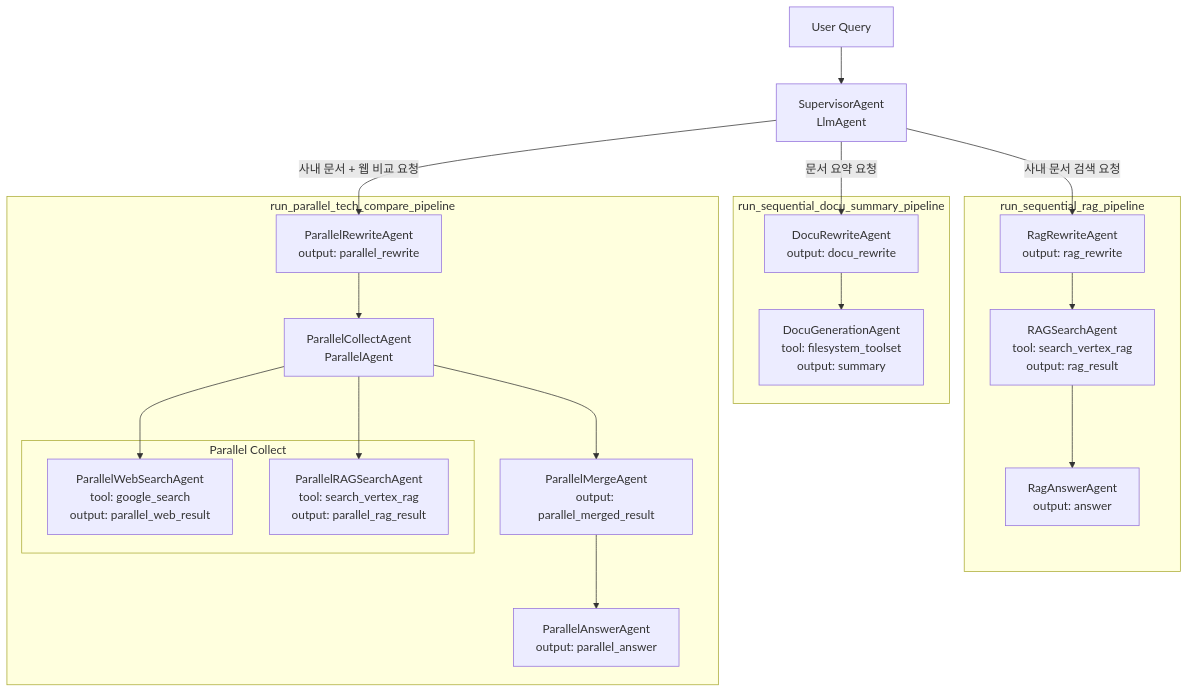
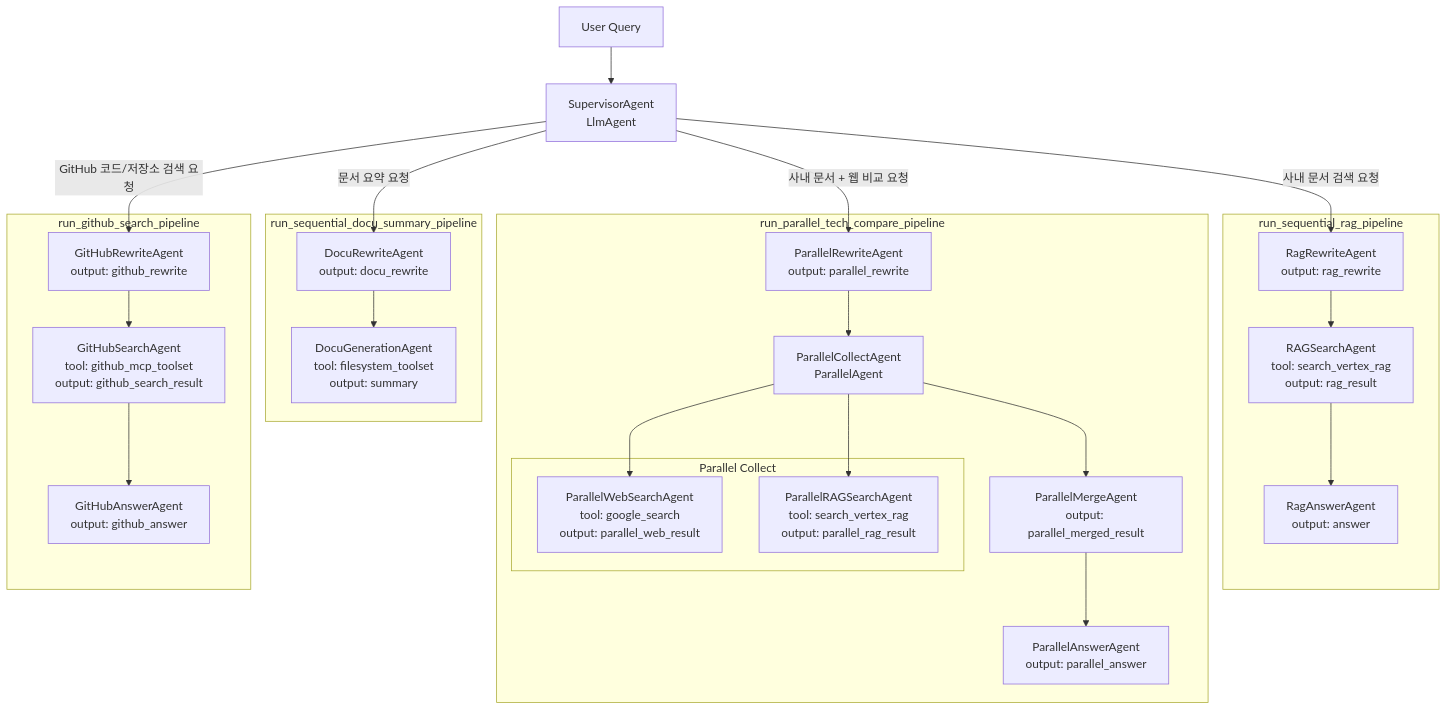
The diagram in README.md (joohyoung99/adk-project-final), drawn with Mermaid before and after one commit. The commit also changed other lines of this file and 2 other files, not shown here.

````diff
--- a/README.md
+++ b/README.md
@@ -108,37 +108,45 @@
 ```mermaid
 flowchart TD
     U[User Query] --> S[SupervisorAgent<br/>LlmAgent]
 
     S -->|문서 요약 요청| D1
     S -->|사내 문서 검색 요청| R1
     S -->|사내 문서 + 웹 비교 요청| P1
+    S -->|GitHub 코드/저장소 검색 요청| G1
 
     subgraph DOCU[run_sequential_docu_summary_pipeline]
         D1[DocuRewriteAgent<br/>output: docu_rewrite]
         D2[DocuGenerationAgent<br/>tool: filesystem_toolset<br/>output: summary]
         D1 --> D2
     end
 
     subgraph RAG[run_sequential_rag_pipeline]
         R1[RagRewriteAgent<br/>output: rag_rewrite]
         R2[RAGSearchAgent<br/>tool: search_vertex_rag<br/>output: rag_result]
         R3[RagAnswerAgent<br/>output: answer]
         R1 --> R2 --> R3
     end
 
     subgraph TECH[run_parallel_tech_compare_pipeline]
         P1[ParallelRewriteAgent<br/>output: parallel_rewrite]
         P2[ParallelCollectAgent<br/>ParallelAgent]
         P3[ParallelMergeAgent<br/>output: parallel_merged_result]
         P4[ParallelAnswerAgent<br/>output: parallel_answer]
         P1 --> P2 --> P3 --> P4
 
         subgraph COLLECT[Parallel Collect]
             W[ParallelWebSearchAgent<br/>tool: google_search<br/>output: parallel_web_result]
             G[ParallelRAGSearchAgent<br/>tool: search_vertex_rag<br/>output: parallel_rag_result]
         end
 
         P2 --> W
         P2 --> G
     end
+
+    subgraph GITHUB[run_github_search_pipeline]
+        G1[GitHubRewriteAgent<br/>output: github_rewrite]
+        G2[GitHubSearchAgent<br/>tool: github_mcp_toolset<br/>output: github_search_result]
+        G3[GitHubAnswerAgent<br/>output: github_answer]
+        G1 --> G2 --> G3
+    end
 ```
````
